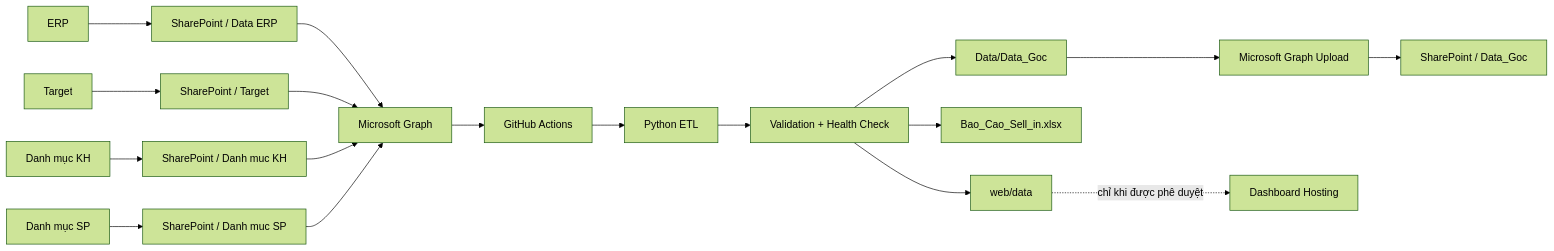
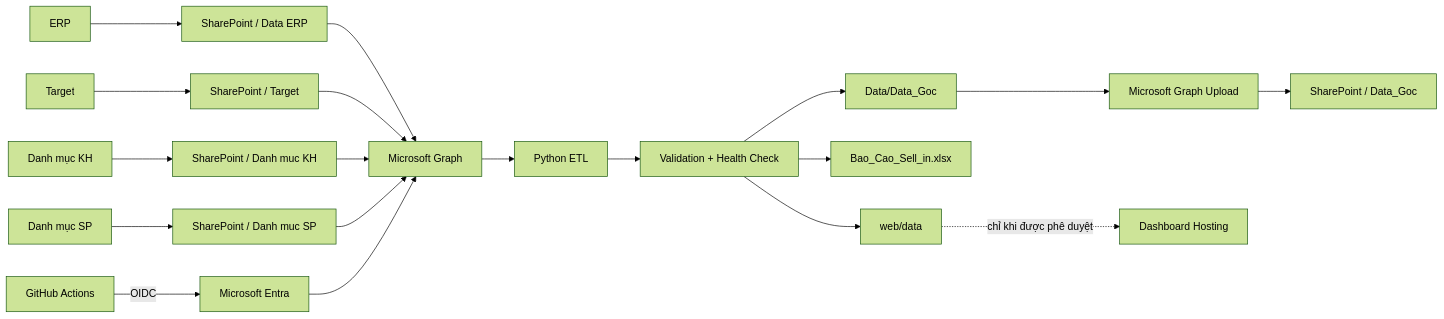
Before and after one commit to Huanpro1239/vikoda-sellin-dashboard: the diagram in README.md, drawn with Mermaid (forest theme). The commit also changed other lines of this file and 12 other files, not shown here.

Commit message:
Switch SharePoint cloud auth to GitHub OIDC

````diff
--- a/README.md
+++ b/README.md
@@ -24,23 +24,24 @@
 ```mermaid
 flowchart LR
     ERP[ERP] --> SP1[SharePoint / Data ERP]
     TGT[Target] --> SP2[SharePoint / Target]
     KH[Danh mục KH] --> SP3[SharePoint / Danh muc KH]
     SP4[Danh mục SP] --> DMSP[SharePoint / Danh muc SP]
 
     SP1 --> GRAPH[Microsoft Graph]
     SP2 --> GRAPH
     SP3 --> GRAPH
     DMSP --> GRAPH
 
-    GRAPH --> GHA[GitHub Actions]
-    GHA --> ETL[Python ETL]
+    GITHUB[GitHub Actions] -->|OIDC| ENTRA[Microsoft Entra]
+    ENTRA --> GRAPH
+    GRAPH --> ETL[Python ETL]
     ETL --> QC[Validation + Health Check]
     QC --> OUT1[Data/Data_Goc]
     QC --> OUT2[Bao_Cao_Sell_in.xlsx]
     QC --> WEB[web/data]
     OUT1 --> GRAPH2[Microsoft Graph Upload]
     GRAPH2 --> SPG[SharePoint / Data_Goc]
 
     WEB -. chỉ khi được phê duyệt .-> PAGES[Dashboard Hosting]
 ```
````
